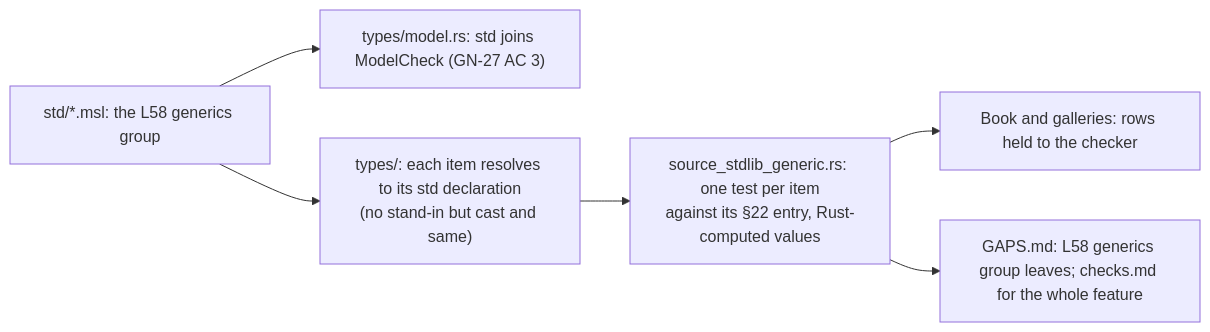
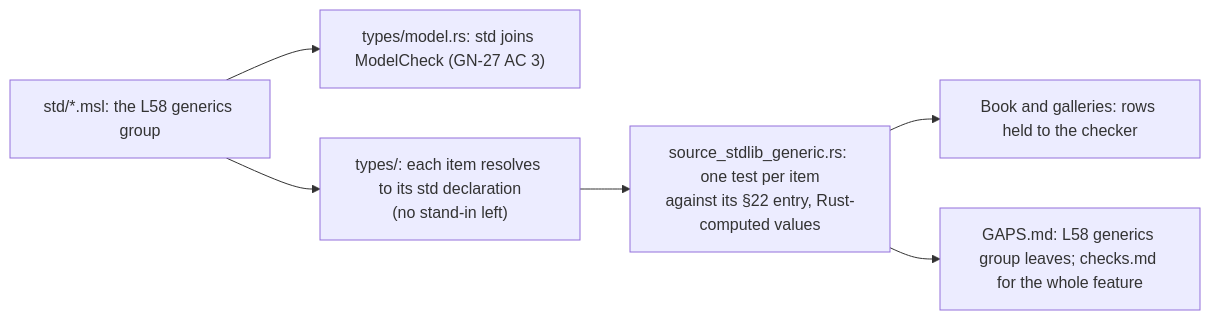
One commit to vkeslarek/piperine changed the diagram in .specs/features/generics/design-e.md. Above: the diagram before and after it, drawn with Mermaid. The commit also changed other lines of this file and 8 other files, not shown here.

````diff
--- a/.specs/features/generics/design-e.md
+++ b/.specs/features/generics/design-e.md
@@ -37,8 +36,8 @@
 ```mermaid
 flowchart LR
     std["std/*.msl: the L58 generics group"] --> model["types/model.rs: std joins ModelCheck (GN-27 AC 3)"]
-    std --> table["types/: each item resolves to its std declaration<br/>(no stand-in but cast and same)"]
+    std --> table["types/: each item resolves to its std declaration<br/>(no stand-in left)"]
     table --> runs["source_stdlib_generic.rs: one test per item<br/>against its §22 entry, Rust-computed values"]
     runs --> book["Book and galleries: rows held to the checker"]
     runs --> gaps["GAPS.md: L58 generics group leaves; checks.md for the whole feature"]
 ```
````
